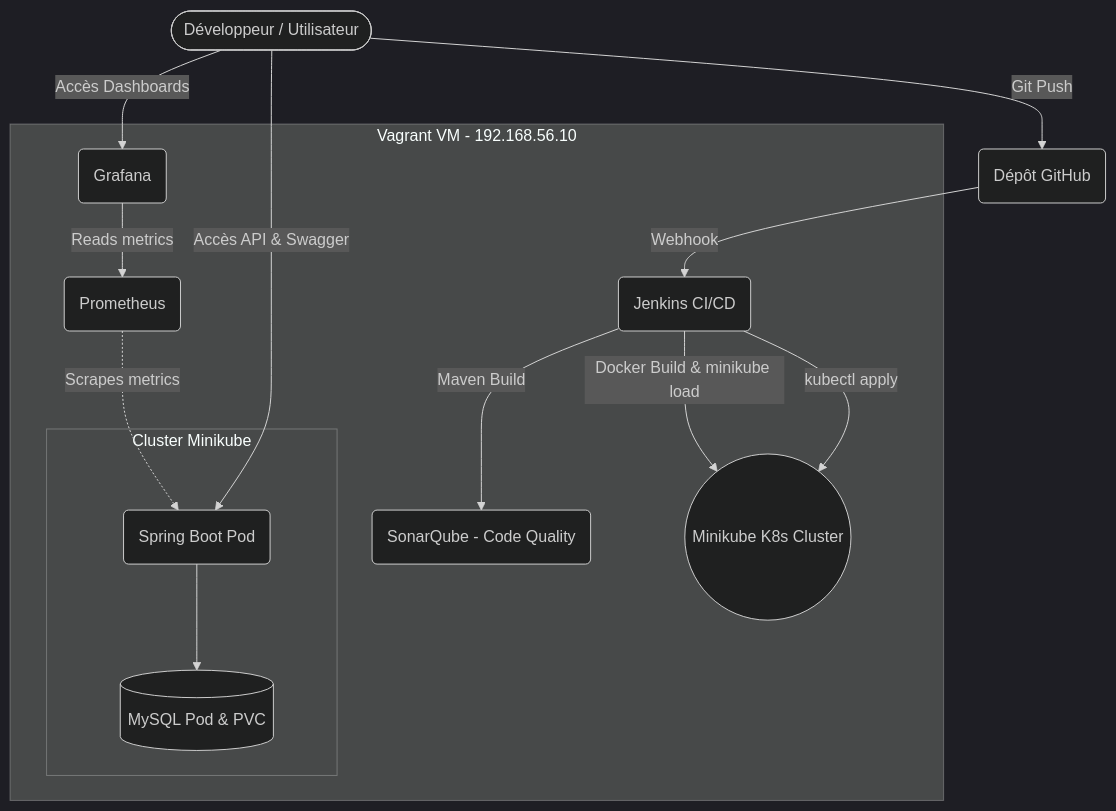
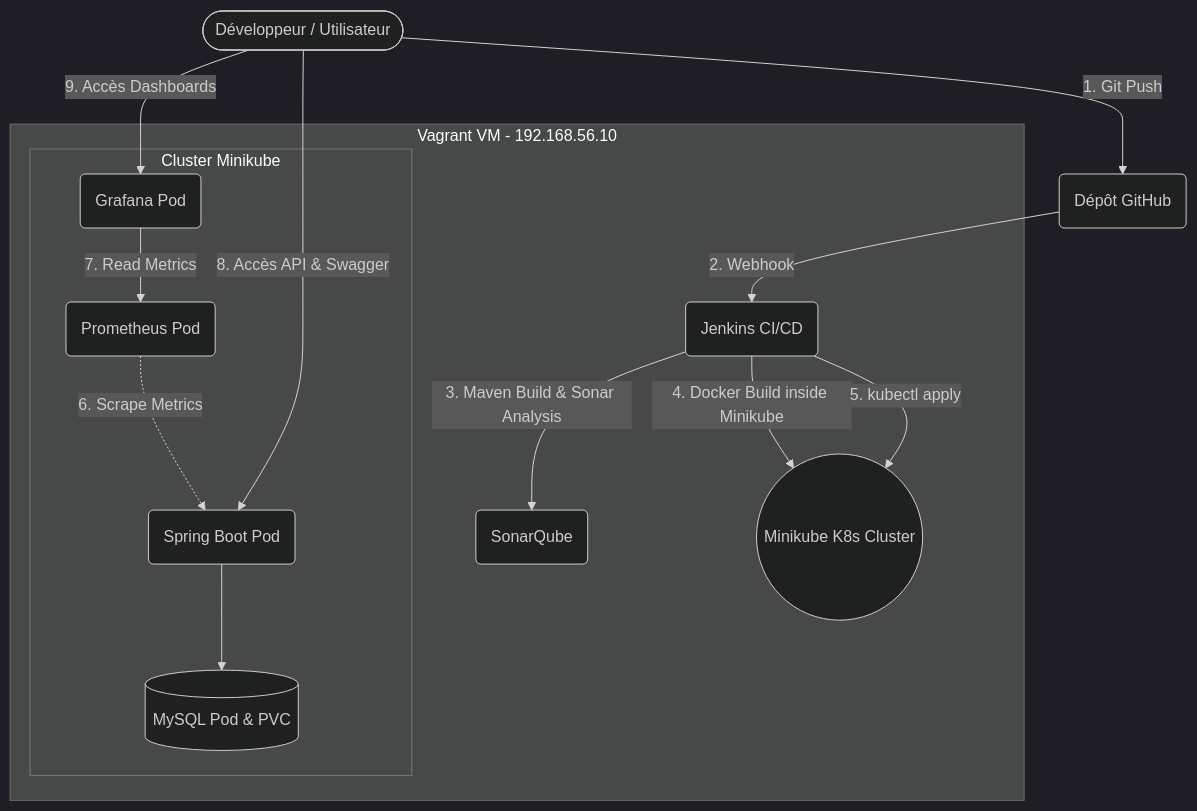
Before and after one commit to WalidBenTouhami/student-management: the diagram in README.md, drawn with Mermaid (dark theme). The commit also changed other lines of this file and 1 other file, not shown here.

Commit message:
docs: Ajout des badges, numérotation du diagramme et màj des scripts

````diff
--- a/README.md
+++ b/README.md
@@ -11,23 +16,25 @@
 ```mermaid
 graph TD
-    User([Développeur / Utilisateur]) -->|Git Push| GitHub(Dépôt GitHub)
-    GitHub -->|Webhook| Jenkins(Jenkins CI/CD)
+    User([Développeur / Utilisateur]) -->|1. Git Push| GitHub(Dépôt GitHub)
+    GitHub -->|2. Webhook| Jenkins(Jenkins CI/CD)
     
     subgraph Vagrant VM [Vagrant VM - 192.168.56.10]
-        Jenkins -->|Maven Build| SonarQube(SonarQube - Code Quality)
-        Jenkins -->|Docker Build & minikube load| Minikube((Minikube K8s Cluster))
-        Jenkins -->|kubectl apply| Minikube
+        Jenkins -->|3. Maven Build & Sonar Analysis| SonarQube(SonarQube)
+        Jenkins -->|4. Docker Build inside Minikube| Minikube((Minikube K8s Cluster))
+        Jenkins -->|5. kubectl apply| Minikube
         
         subgraph Minikube Cluster [Cluster Minikube]
             AppPod(Spring Boot Pod)
             DBPod[(MySQL Pod & PVC)]
+            PrometheusPod(Prometheus Pod)
+            GrafanaPod(Grafana Pod)
+            
             AppPod --> DBPod
+            PrometheusPod -.->|6. Scrape Metrics| AppPod
+            GrafanaPod -->|7. Read Metrics| PrometheusPod
         end
-        
-        Prometheus(Prometheus) -.->|Scrapes metrics| AppPod
-        Grafana(Grafana) -->|Reads metrics| Prometheus
     end
     
-    User -->|Accès API & Swagger| AppPod
-    User -->|Accès Dashboards| Grafana
+    User -->|8. Accès API & Swagger| AppPod
+    User -->|9. Accès Dashboards| GrafanaPod
 ```
````
